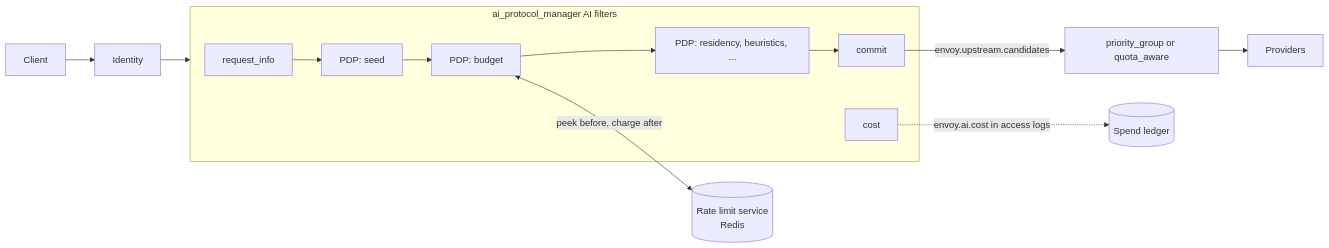
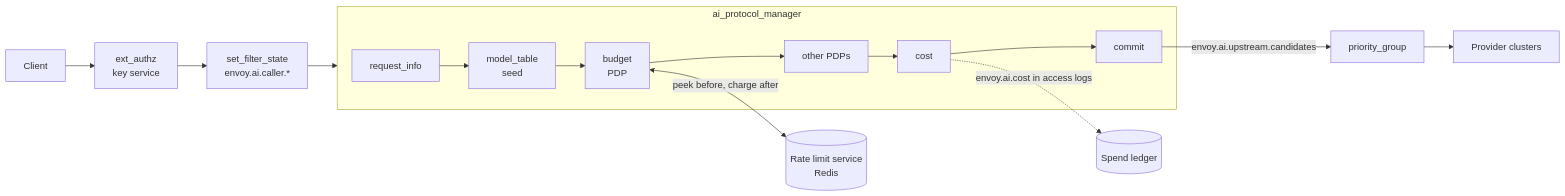
One commit to botengyao/envoy changed the diagram in source/docs/ai_budget_routing.md. Above: the diagram before and after it, drawn with Mermaid. The commit also changed other lines of this file, not shown here.

Commit message:
ai_protocol_manager: add a model table and the e2e budget routing config

````diff
--- a/source/docs/ai_budget_routing.md
+++ b/source/docs/ai_budget_routing.md
@@ -68,15 +57,16 @@
 ```mermaid
 flowchart LR
-  C[Client] --> AU[Identity] --> APM
-  subgraph APM[ai_protocol_manager AI filters]
-    RI[request_info] --> P1[PDP: seed]
-    P1 --> P2[PDP: budget]
-    P2 --> P3[PDP: residency, heuristics, ...]
-    P3 --> CM[commit]
-    CO[cost]
+  C[Client] --> AU[ext_authz<br/>key service] --> SF[set_filter_state<br/>envoy.ai.caller.*]
+  SF --> APM
+  subgraph APM[ai_protocol_manager]
+    RI[request_info] --> MT[model_table<br/>seed]
+    MT --> BU[budget<br/>PDP]
+    BU --> OP[other PDPs]
+    OP --> CO[cost]
+    CO --> CM[commit]
   end
-  CM -->|envoy.upstream.candidates| RT[priority_group or quota_aware]
-  RT --> PR[Providers]
-  P2 <-->|peek before, charge after| RLS[(Rate limit service<br/>Redis)]
+  CM -->|envoy.ai.upstream.candidates| PG[priority_group]
+  PG --> PR[Provider clusters]
+  BU <-->|peek before, charge after| RLS[(Rate limit service<br/>Redis)]
   CO -.->|envoy.ai.cost in access logs| L[(Spend ledger)]
 ```
````
